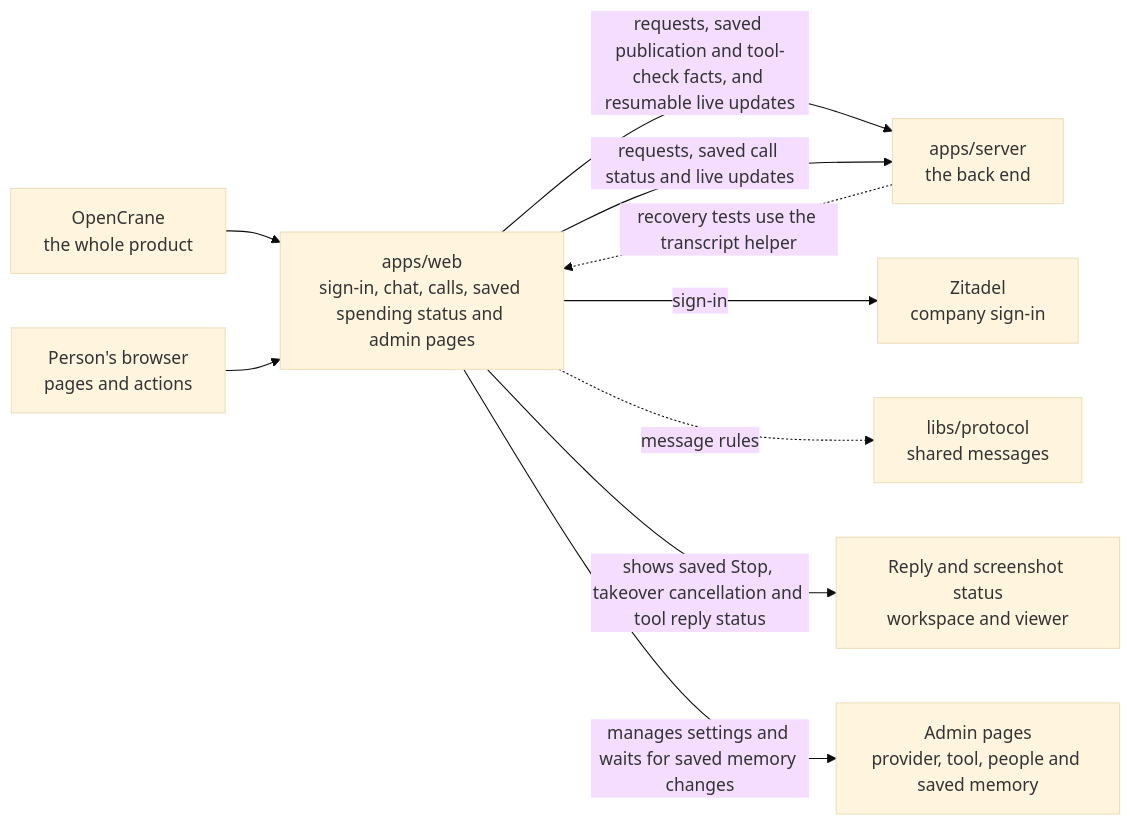
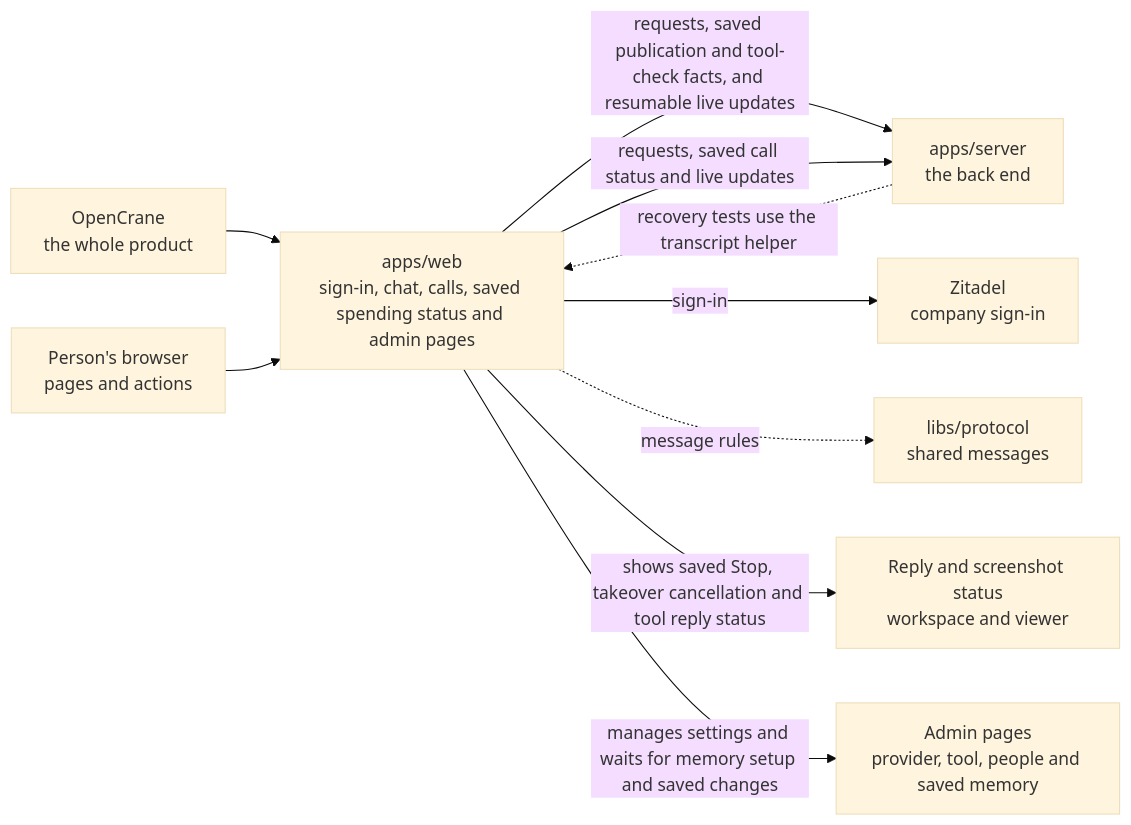
Before and after one commit to elewa-git/opencrane-new: the diagram in apps/web/README.md, drawn with Mermaid (base theme). The commit also changed other lines of this file and 17 other files, not shown here.

````diff
--- a/apps/web/README.md
+++ b/apps/web/README.md
@@ -16,12 +16,12 @@
 ```mermaid
 flowchart LR
   system["OpenCrane<br/>the whole product"] --> web["apps/web<br/>the website"]
   browser["Person's browser<br/>pages and actions"] --> web
   web -->|requests, saved publication and tool-check facts, and resumable live updates| server["apps/server<br/>the back end"]
   server -.->|recovery tests use the transcript helper| web
   web["apps/web<br/>sign-in, chat, calls, saved spending status and admin pages"] -->|requests, saved call status and live updates| server["apps/server<br/>the back end"]
   web -->|sign-in| zitadel["Zitadel<br/>company sign-in"]
   web -.->|message rules| protocol["libs/protocol<br/>shared messages"]
   web -->|shows saved Stop, takeover cancellation and tool reply status| capture["Reply and screenshot status<br/>workspace and viewer"]
-  web -->|manages settings and waits for saved memory changes| admin["Admin pages<br/>provider, tool, people and saved memory"]
+  web -->|manages settings and waits for memory setup and saved changes| admin["Admin pages<br/>provider, tool, people and saved memory"]
 ```
````
